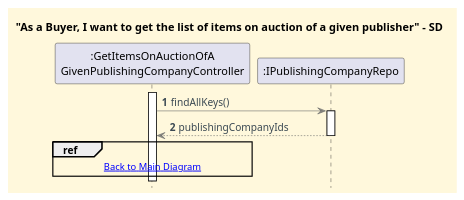
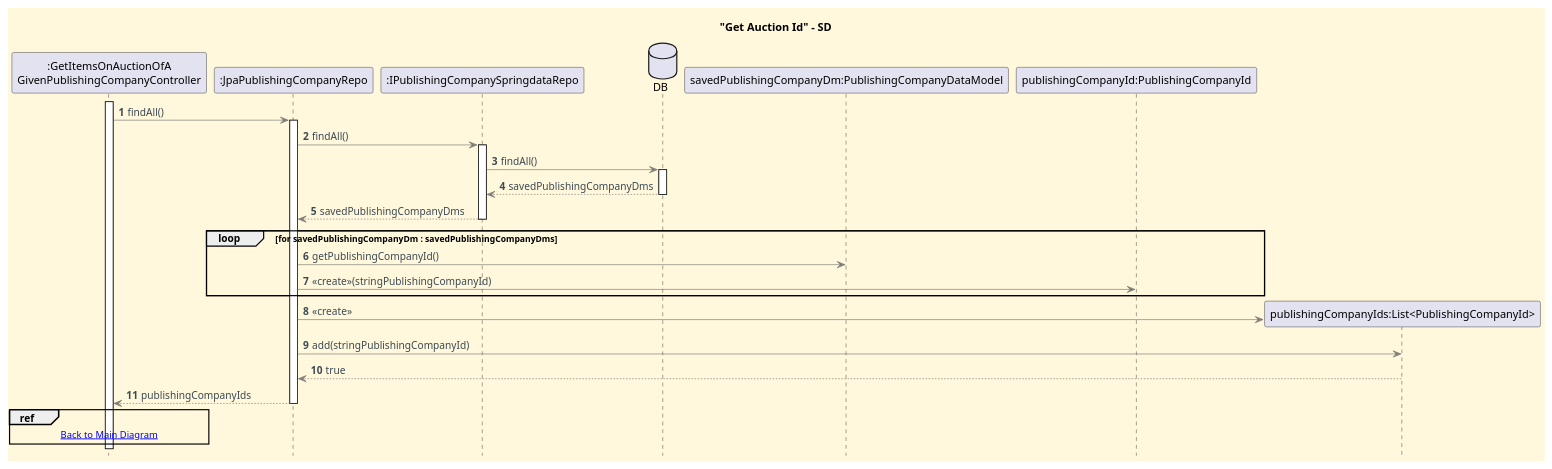
Before and after one commit to CarolinaLeite-collab/JavaMarketplacePlatform: the diagram in docs/functionalities/buyer/get-list-of-items-on-auction-of-given-publishing-company/sd-ref-diagrams/Get_Publishing_Company_Id.puml, drawn with PlantUML. The commit also changed 1 other file, not shown here.

Commit message:
docs: refactor ref diagram of GetAuctionItemsByPublishingCompany SD #810

```diff
--- a/docs/functionalities/buyer/get-list-of-items-on-auction-of-given-publishing-company/sd-ref-diagrams/Get_Publishing_Company_Id.puml
+++ b/docs/functionalities/buyer/get-list-of-items-on-auction-of-given-publishing-company/sd-ref-diagrams/Get_Publishing_Company_Id.puml
@@ -1,30 +1,55 @@
 @startuml
-title "As a Buyer, I want to get the list of items on auction of a given publisher" - SD
+title "Get Auction Id" - SD
 
 '==== basic style ====
 skinparam monochrome false
 skinparam defaultFontName Futura
 skinparam objectFontSize 20
 skinparam backgroundColor CornSilk
 skinparam objectBackgroundColor WhiteSmoke
 skinparam noteBackgroundColor #FFFFE0
 skinparam ArrowFontColor #3B4953
 skinparam ArrowColor #57595BAA
 
 autonumber
 autoactivate off
 hidefootbox
 
 participant ":GetItemsOnAuctionOfA\nGivenPublishingCompanyController" as CTL
-participant ":IPublishingCompanyRepo" as REPO
+participant ":JpaPublishingCompanyRepo" as JPAREPO
+participant ":IPublishingCompanySpringdataRepo" as SPRINGREPO
+database "DB" as DB
 
 activate CTL
-CTL -> REPO : findAllKeys()
-activate REPO
-REPO --> CTL : publishingCompanyIds
-deactivate REPO
+CTL -> JPAREPO : findAll()
+activate JPAREPO
+
+
+JPAREPO -> SPRINGREPO : findAll()
+activate SPRINGREPO
+
+SPRINGREPO -> DB : findAll()
+activate DB
+
+DB --> SPRINGREPO : savedPublishingCompanyDms
+deactivate DB
+SPRINGREPO --> JPAREPO : savedPublishingCompanyDms
+deactivate SPRINGREPO
+
+loop for savedPublishingCompanyDm : savedPublishingCompanyDms
+    JPAREPO -> "savedPublishingCompanyDm:PublishingCompanyDataModel" : getPublishingCompanyId()
+    JPAREPO -> "publishingCompanyId:PublishingCompanyId" : <<create>>(stringPublishingCompanyId)
+end
+
+create "publishingCompanyIds:List<PublishingCompanyId>"
+JPAREPO -> "publishingCompanyIds:List<PublishingCompanyId>" : <<create>>
+JPAREPO -> "publishingCompanyIds:List<PublishingCompanyId>" : add(stringPublishingCompanyId)
+"publishingCompanyIds:List<PublishingCompanyId>" --> JPAREPO : true
+
+JPAREPO --> CTL : publishingCompanyIds
+deactivate JPAREPO
 
 ref over CTL
 [[../Get_List_Of_Items_on_Auction_Of_Given_Publishing_Company_SD.puml Back to Main Diagram]]
 end ref
 @enduml
```
